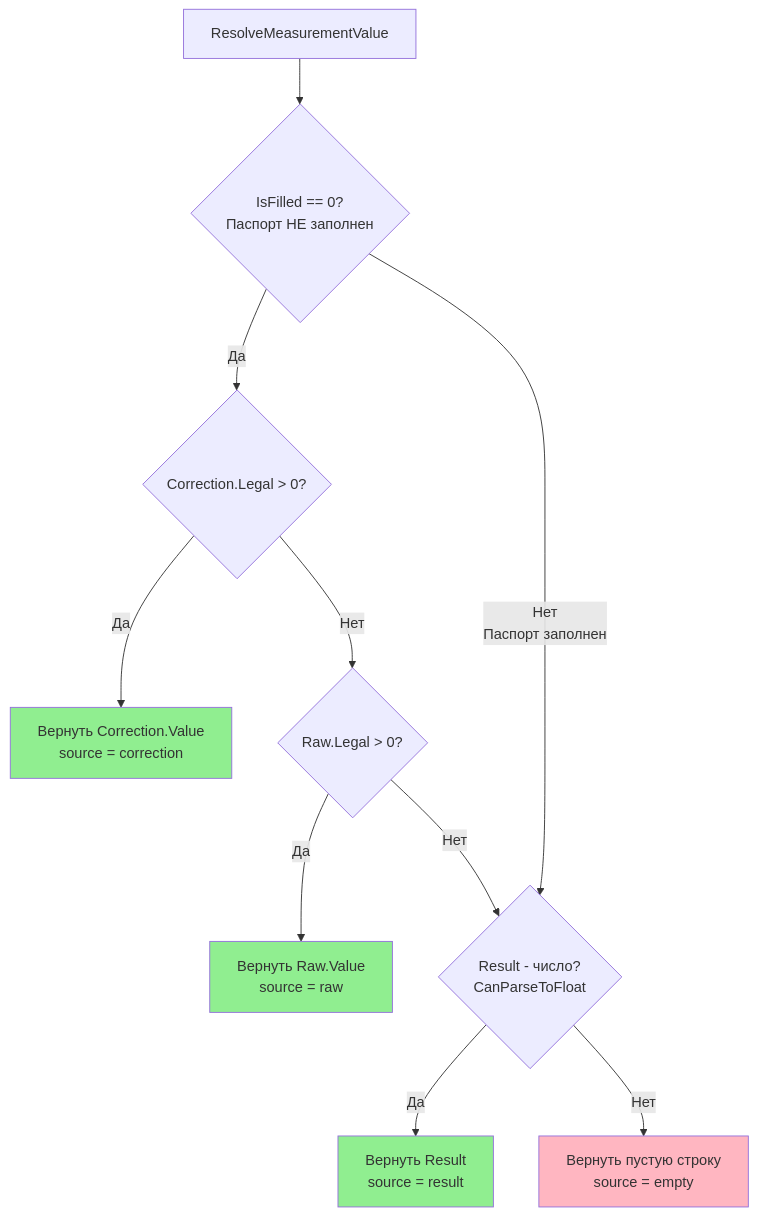
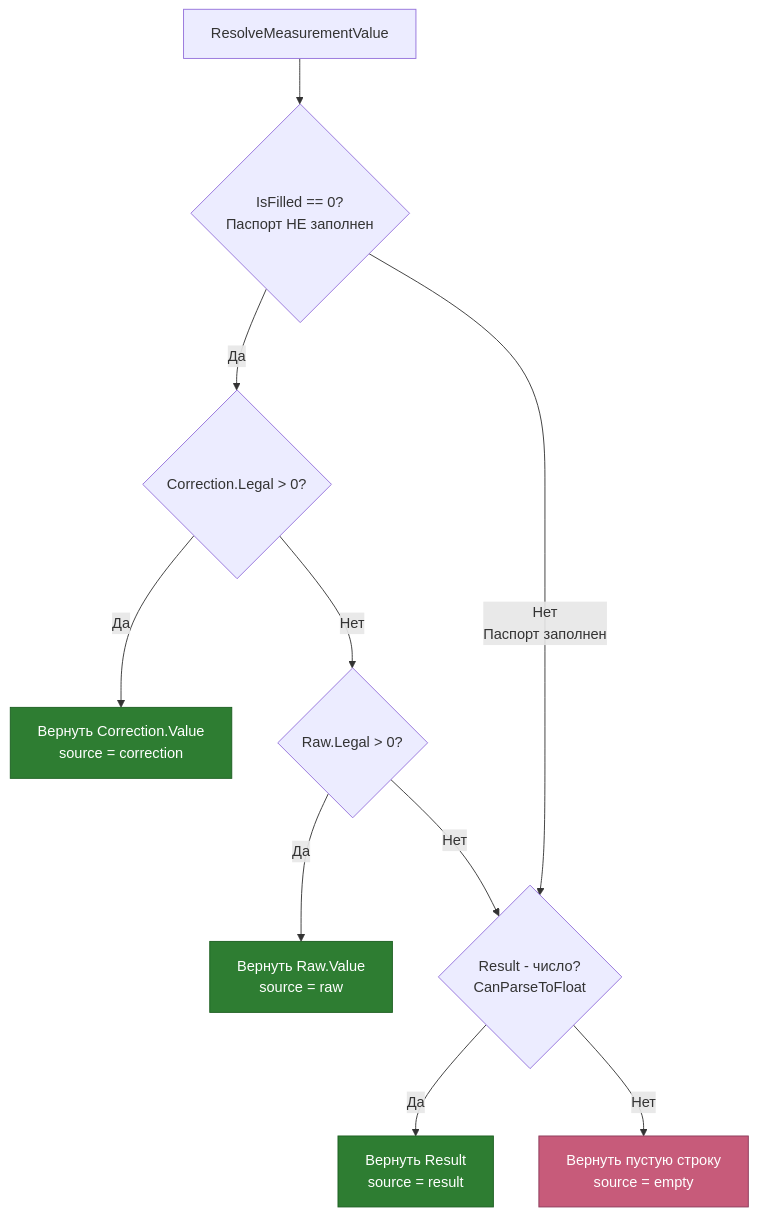
Before and after one commit to tn-ivk/tn-doc: the second of 5 diagrams in docs/architecture/passport-editor.md, drawn with Mermaid. The commit also changed other lines of this file, not shown here.

First line of the commit message:
docs: улучшена читаемость всех диаграмм в passport-editor.md

````diff
--- a/docs/architecture/passport-editor.md
+++ b/docs/architecture/passport-editor.md
@@ -342,20 +342,20 @@
 ```mermaid
 flowchart TD
     A[ResolveMeasurementValue] --> B{IsFilled == 0?<br/>Паспорт НЕ заполнен}
 
     B -->|Да| C{Correction.Legal > 0?}
     C -->|Да| C1[Вернуть Correction.Value<br/>source = correction]
     C -->|Нет| D{Raw.Legal > 0?}
     D -->|Да| D1[Вернуть Raw.Value<br/>source = raw]
     D -->|Нет| E{Result - число?<br/>CanParseToFloat}
 
     B -->|Нет<br/>Паспорт заполнен| E
 
     E -->|Да| E1[Вернуть Result<br/>source = result]
     E -->|Нет| F[Вернуть пустую строку<br/>source = empty]
 
-    style C1 fill:#90EE90
-    style D1 fill:#90EE90
-    style E1 fill:#90EE90
-    style F fill:#FFB6C1
+    style C1 fill:#2e7d32,stroke:#1b5e20,color:#fff
+    style D1 fill:#2e7d32,stroke:#1b5e20,color:#fff
+    style E1 fill:#2e7d32,stroke:#1b5e20,color:#fff
+    style F fill:#c75b7a,stroke:#8b3a5a,color:#fff
 ```
````
